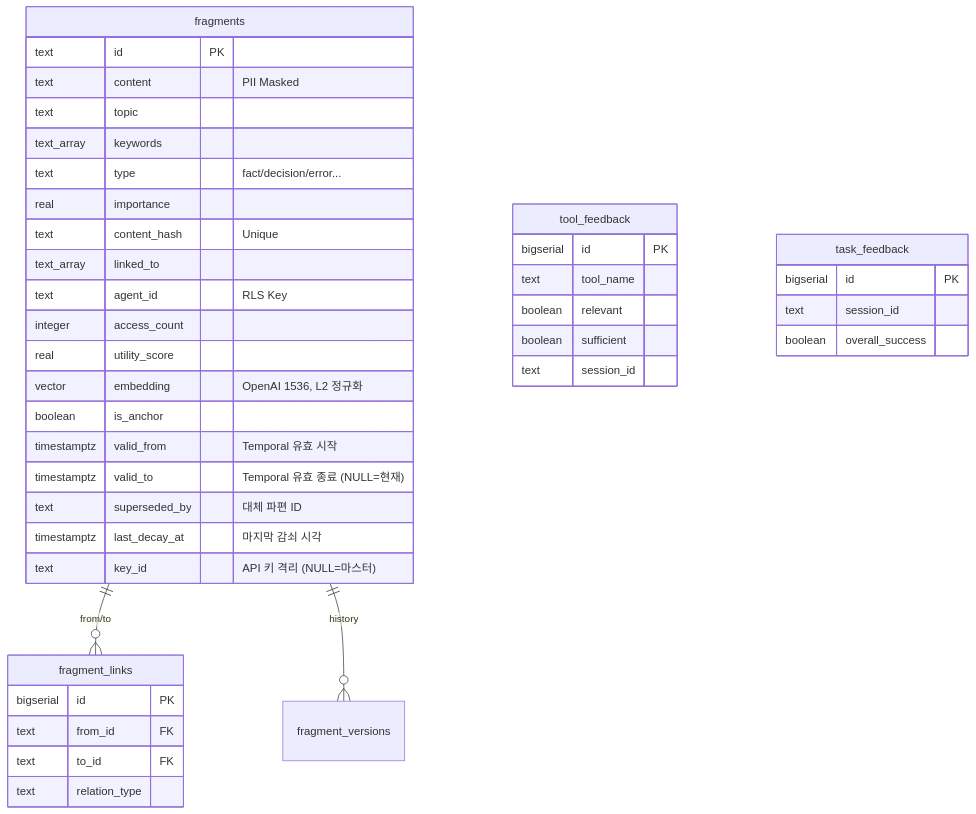
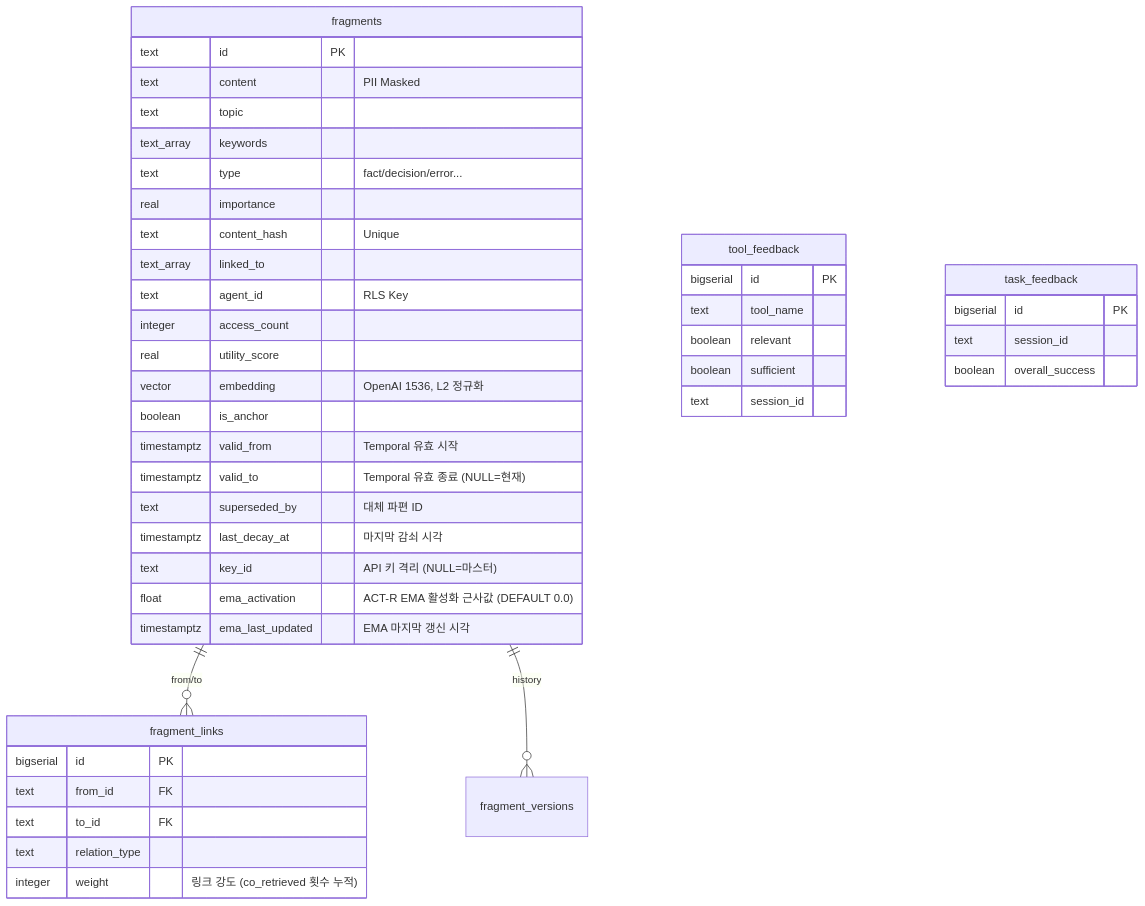
The diagram in README.md (pkkgh1519/memento-mcp), drawn with Mermaid before and after one commit. The commit also changed other lines of this file and 1 other file, not shown here.

Commit message:
docs: README 최신화 - EMA, co-retrieved, SearchMetrics, MemoryConsolidator 15단계

````diff
--- a/README.md
+++ b/README.md
@@ -156,43 +161,46 @@
 ```mermaid
 erDiagram
     fragments ||--o{ fragment_links : "from/to"
     fragments ||--o{ fragment_versions : "history"
     fragments {
         text id PK
         text content "PII Masked"
         text topic
         text_array keywords
         text type "fact/decision/error..."
         real importance
         text content_hash "Unique"
         text_array linked_to
         text agent_id "RLS Key"
         integer access_count
         real utility_score
         vector embedding "OpenAI 1536, L2 정규화"
         boolean is_anchor
         timestamptz valid_from "Temporal 유효 시작"
         timestamptz valid_to "Temporal 유효 종료 (NULL=현재)"
         text superseded_by "대체 파편 ID"
         timestamptz last_decay_at "마지막 감쇠 시각"
         text key_id "API 키 격리 (NULL=마스터)"
+        float ema_activation "ACT-R EMA 활성화 근사값 (DEFAULT 0.0)"
+        timestamptz ema_last_updated "EMA 마지막 갱신 시각"
     }
     fragment_links {
         bigserial id PK
         text from_id FK
         text to_id FK
         text relation_type
+        integer weight "링크 강도 (co_retrieved 횟수 누적)"
     }
     tool_feedback {
         bigserial id PK
         text tool_name
         boolean relevant
         boolean sufficient
         text session_id
     }
     task_feedback {
         bigserial id PK
         text session_id
         boolean overall_success
     }
 ```
````
